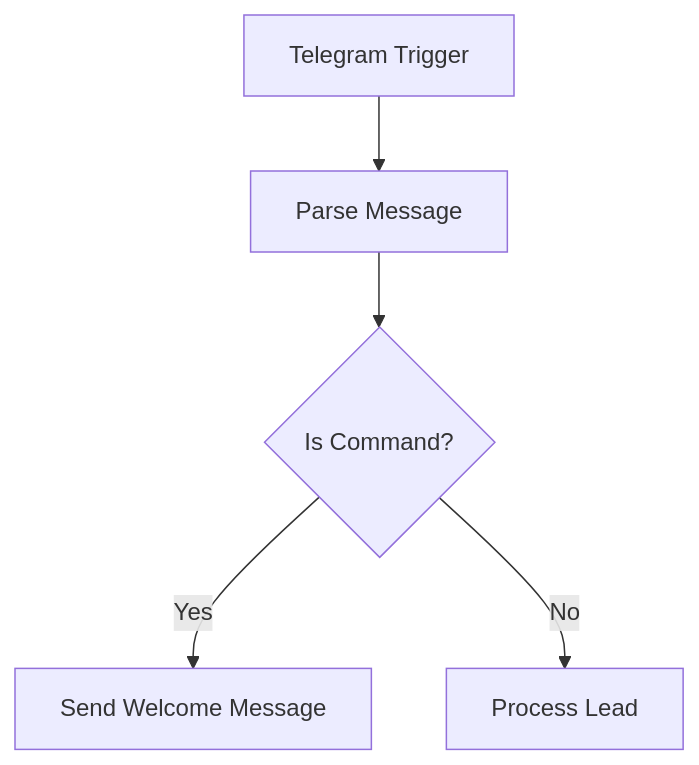
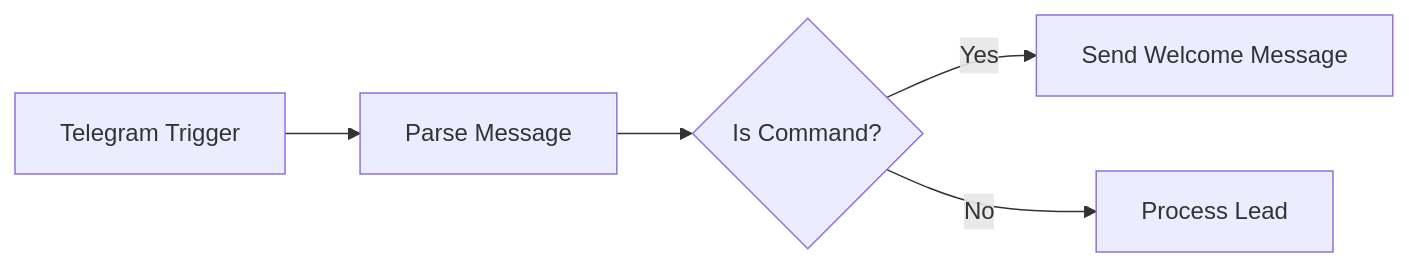
Before and after one commit to AlexLvGulyaev/Lead-Qualification-MVP: the fifth of 10 diagrams in docs/ARCHITECTURE.md, drawn with Mermaid. The commit also changed other lines of this file and 29 other files, not shown here.

````diff
--- a/docs/ARCHITECTURE.md
+++ b/docs/ARCHITECTURE.md
@@ -248,12 +251,6 @@
 ```mermaid
-flowchart TB
-    Telegram["Telegram Trigger"]
-    Parse["Parse Message"]
-    IsCommand{"Is Command?"}
-    SendWelcome["Send Welcome Message"]
-    ProcessLead["Process Lead"]
-    
-    Telegram --> Parse --> IsCommand
-    IsCommand -->|Yes| SendWelcome
-    IsCommand -->|No| ProcessLead
+flowchart LR
+    Telegram["Telegram Trigger"] --> Parse["Parse Message"] --> IsCommand{"Is Command?"}
+    IsCommand -->|Yes| SendWelcome["Send Welcome Message"]
+    IsCommand -->|No| ProcessLead["Process Lead"]
 ```
````
